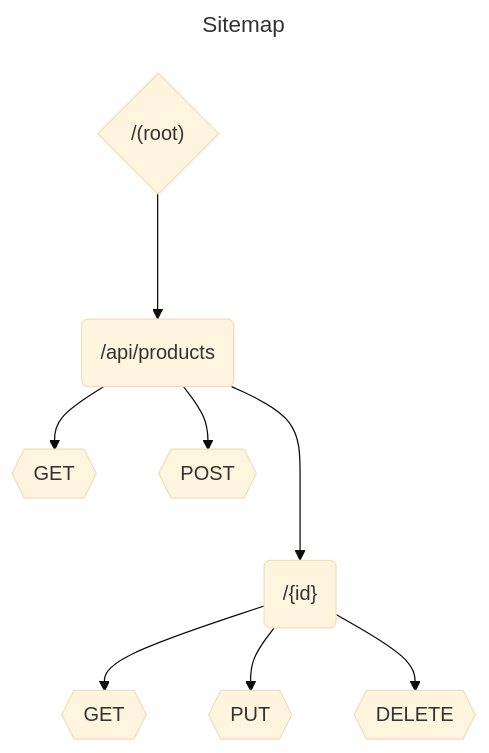
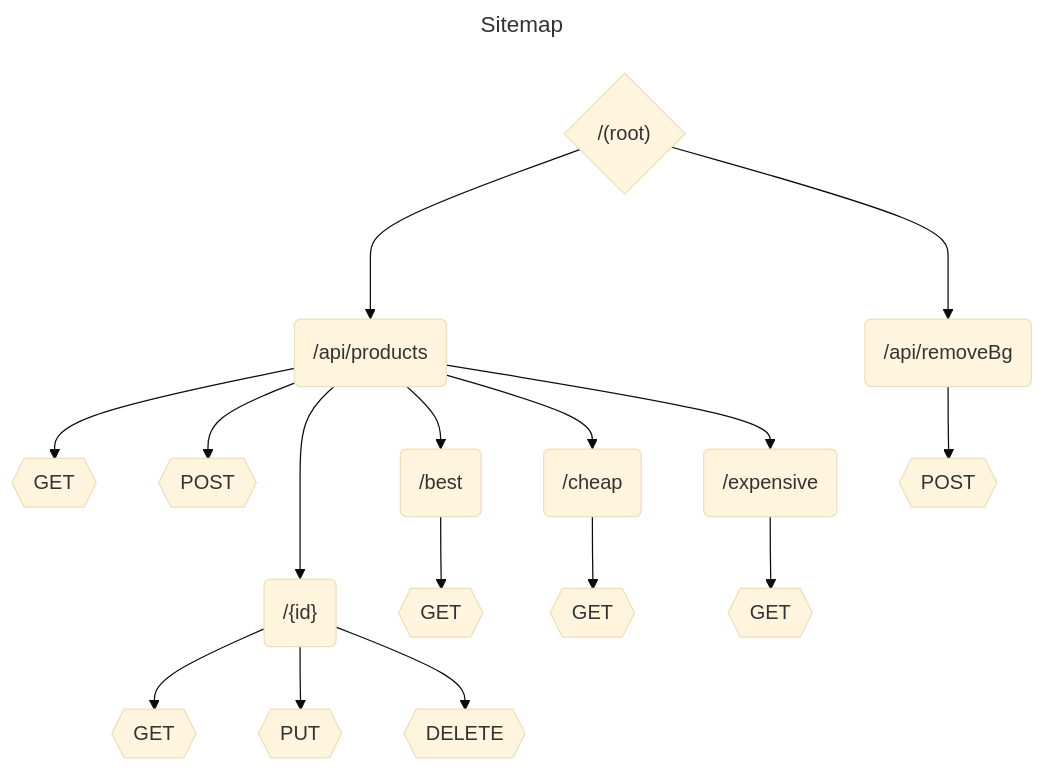
One commit to nixiedroid/products changed the diagram in Readme.md. Above: the diagram before and after it, drawn with Mermaid (base theme). The commit also changed 14 other files, not shown here.

````diff
--- a/Readme.md
+++ b/Readme.md
@@ -86,14 +86,19 @@
 ```mermaid
 ---
 title: Sitemap
 ---
 
 flowchart TB
-   root{"/(root)"} ---> pct(/api/products)
-   pct --> GETpct{{GET}}
-   pct --> POSTpct{{POST}}
-   pct ---> pctID("/{id}")
-   pctID --> GETpctID{{GET}}
-   pctID --> PUTpctID{{PUT}}
-   pctID --> DELETEpctID{{DELETE}}
+    root{"/(root)"} ---> pct(/api/products)
+    root ---> rbg(/api/removeBg)
+    pct --> GETpct{{GET}}
+    pct --> POSTpct{{POST}}
+    pct ---> pctID("/{id}")
+    pctID --> GETpctID{{GET}}
+    pctID --> PUTpctID{{PUT}}
+    pctID --> DELETEpctID{{DELETE}}
+    pct --> pctBest(/best) --> GETBestPct{{GET}}
+    pct --> pctExp(/cheap) --> GETExpPct{{GET}}
+    pct --> pctChe(/expensive) --> GETChePct{{GET}}
+    rbg --> POSTrbg{{POST}}
 ```
````
